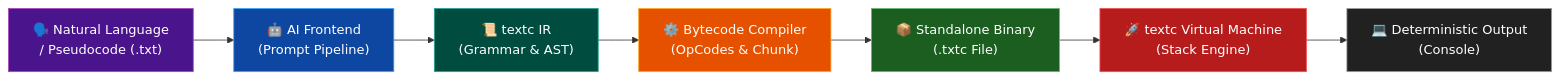
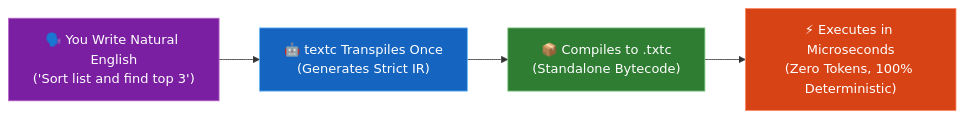
One commit to sapirrior/textc changed the diagram in README.md. Above: the diagram before and after it, drawn with Mermaid. The commit also changed other lines of this file, not shown here.

````diff
--- a/README.md
+++ b/README.md
@@ -36,17 +50,11 @@
 ```mermaid
 flowchart LR
-    A["🗣️ Natural Language\n/ Pseudocode (.txt)"] --> B["🤖 AI Frontend\n(Prompt Pipeline)"]
-    B --> C["📜 textc IR\n(Grammar & AST)"]
-    C --> D["⚙️ Bytecode Compiler\n(OpCodes & Chunk)"]
-    D --> E["📦 Standalone Binary\n(.txtc File)"]
-    E --> F["🚀 textc Virtual Machine\n(Stack Engine)"]
-    F --> G["💻 Deterministic Output\n(Console)"]
+    A["🗣️ You Write Natural English\n('Sort list and find top 3')"] --> B["🤖 textc Transpiles Once\n(Generates Strict IR)"]
+    B --> C["📦 Compiles to .txtc\n(Standalone Bytecode)"]
+    C --> D["⚡ Executes in Microseconds\n(Zero Tokens, 100% Deterministic)"]
 
-    style A fill:#4a148c,stroke:#ab47bc,color:#fff
-    style B fill:#0d47a1,stroke:#42a5f5,color:#fff
-    style C fill:#004d40,stroke:#26a69a,color:#fff
-    style D fill:#e65100,stroke:#ffa726,color:#fff
-    style E fill:#1b5e20,stroke:#66bb6a,color:#fff
-    style F fill:#b71c1c,stroke:#ef5350,color:#fff
-    style G fill:#212121,stroke:#9e9e9e,color:#fff
+    style A fill:#7b1fa2,stroke:#ba68c8,color:#fff
+    style B fill:#1565c0,stroke:#64b5f6,color:#fff
+    style C fill:#2e7d32,stroke:#81c784,color:#fff
+    style D fill:#d84315,stroke:#ff8a65,color:#fff
 ```
````
